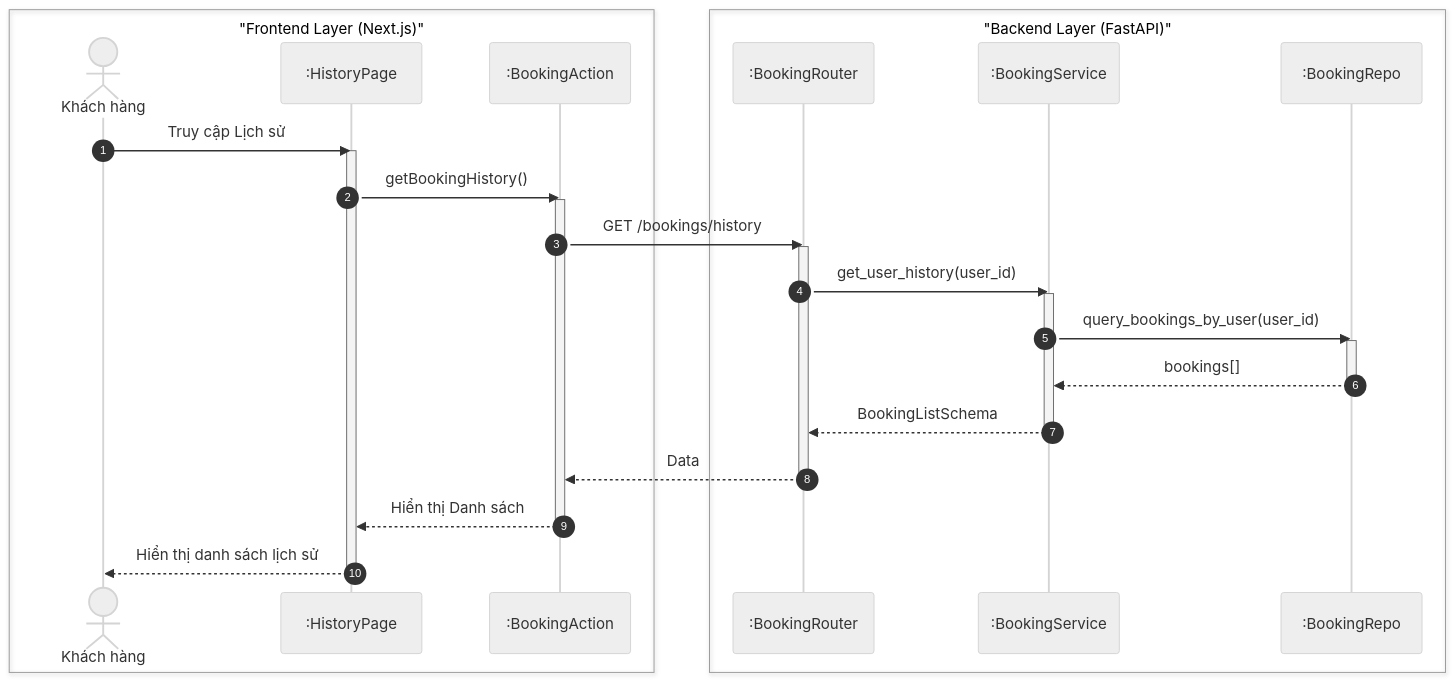
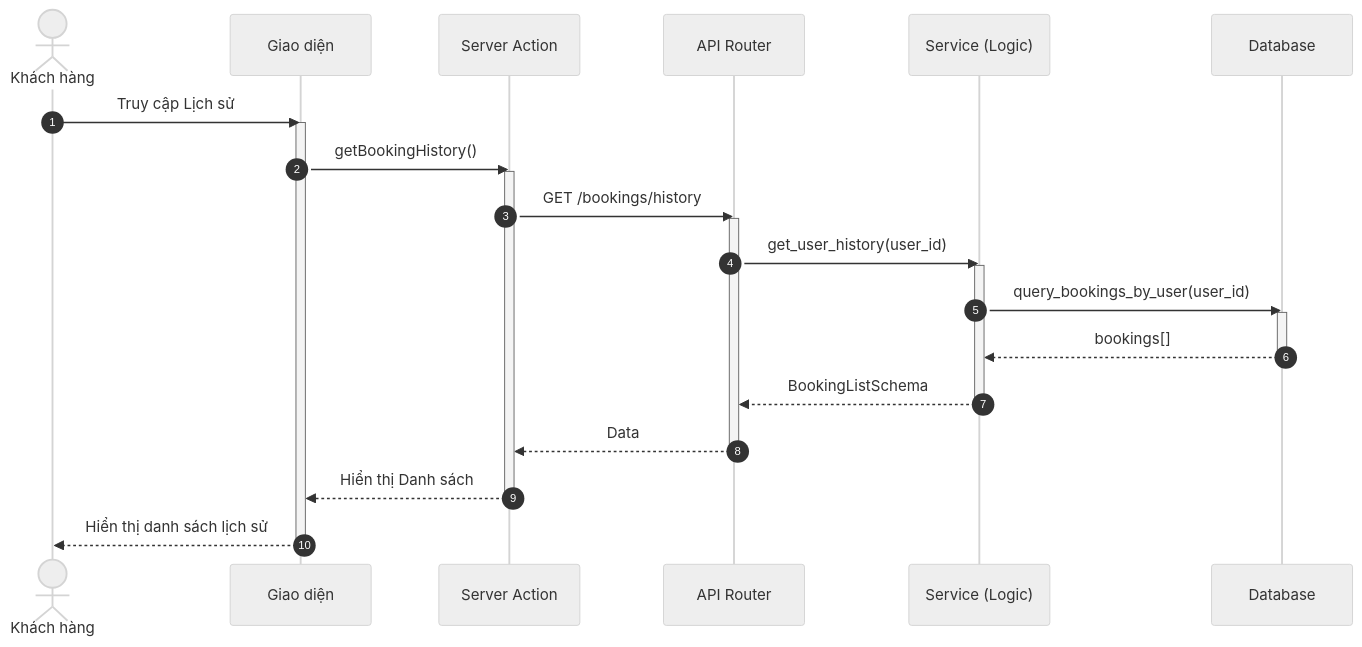
Before and after one commit to ngoctinn/Synapse: the seventh of 8 diagrams in docs/design/sequences/customer_flows.md, drawn with Mermaid (neutral theme). The commit also changed other lines of this file and 4 other files, not shown here.

Commit message:
docs: Add initial sequence diagrams for admin, authentication, customer, receptionist, and technician flows.

````diff
--- a/docs/design/sequences/customer_flows.md
+++ b/docs/design/sequences/customer_flows.md
@@ -334,43 +309,38 @@
 ```mermaid
 sequenceDiagram
     autonumber
-    box "Frontend Layer (Next.js)"
-        actor KH as Khách hàng
-        participant UI as :HistoryPage
-        participant BFF as :BookingAction
-    end
-
-    box "Backend Layer (FastAPI)"
-        participant API as :BookingRouter
-        participant S as :BookingService
-        participant DB as :BookingRepo
-    end
+    actor KH as Khách hàng
+    participant UI as Giao diện
+    participant BFF as Server Action
+    participant API as API Router
+    participant S as Service (Logic)
+    participant DB as Database
 
     KH->>UI: Truy cập Lịch sử
     activate UI
     UI->>BFF: getBookingHistory()
     activate BFF
 
     BFF->>API: GET /bookings/history
     activate API
 
     API->>S: get_user_history(user_id)
     activate S
 
     S->>DB: query_bookings_by_user(user_id)
     activate DB
     DB-->>S: bookings[]
     deactivate DB
 
     S-->>API: BookingListSchema
     deactivate S
 
     API-->>BFF: Data
     deactivate API
 
     BFF-->>UI: Hiển thị Danh sách
     deactivate BFF
 
     UI-->>KH: Hiển thị danh sách lịch sử
     deactivate UI
 ```
````
